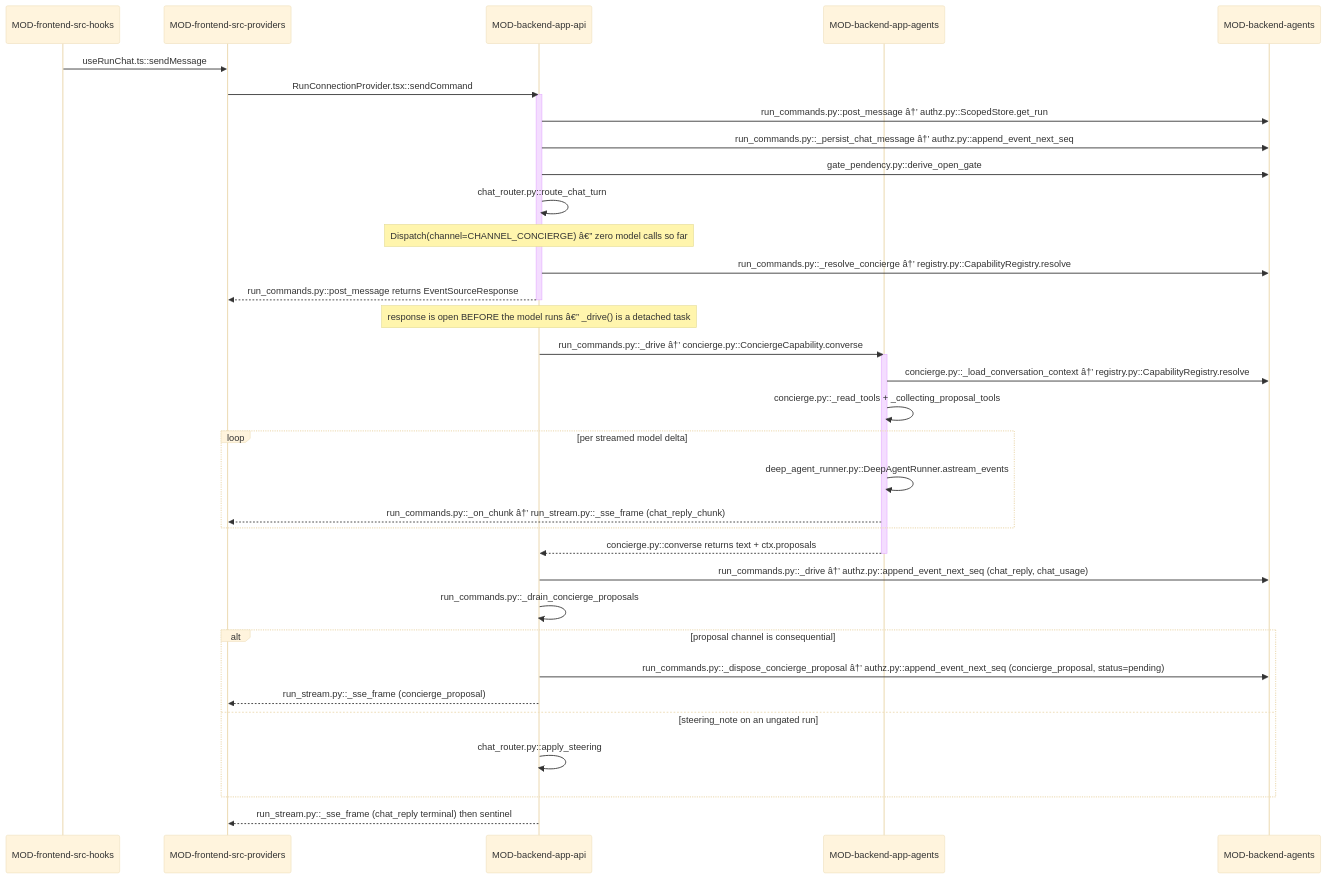
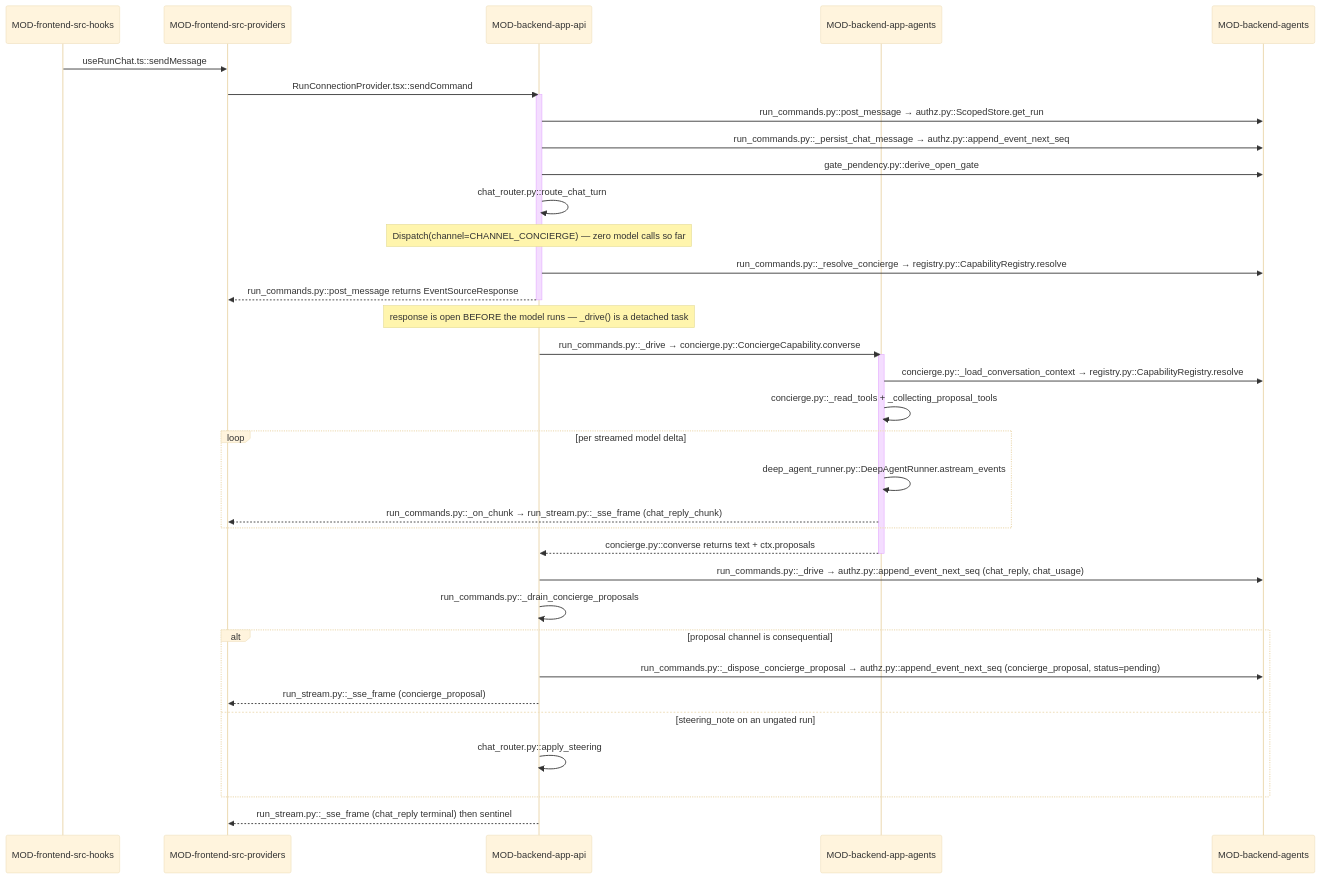
The second of 2 diagrams in .knowledge/architecture/DOMAIN-chat-and-handoff.md (prateek-sinha7/IdeaFlowAI), drawn with Mermaid (base theme) before and after one commit. The commit also changed other lines of this file and 4493 other files, not shown here.

````diff
--- a/.knowledge/architecture/DOMAIN-chat-and-handoff.md
+++ b/.knowledge/architecture/DOMAIN-chat-and-handoff.md
@@ -248,40 +263,40 @@
 ```mermaid
 sequenceDiagram
     participant MOD-frontend-src-hooks
     participant MOD-frontend-src-providers
     participant MOD-backend-app-api
     participant MOD-backend-app-agents
     participant MOD-backend-agents
 
     MOD-frontend-src-hooks->>MOD-frontend-src-providers: useRunChat.ts::sendMessage
     MOD-frontend-src-providers->>MOD-backend-app-api: RunConnectionProvider.tsx::sendCommand
     activate MOD-backend-app-api
-    MOD-backend-app-api->>MOD-backend-agents: run_commands.py::post_message â†’ authz.py::ScopedStore.get_run
-    MOD-backend-app-api->>MOD-backend-agents: run_commands.py::_persist_chat_message â†’ authz.py::append_event_next_seq
+    MOD-backend-app-api->>MOD-backend-agents: run_commands.py::post_message → authz.py::ScopedStore.get_run
+    MOD-backend-app-api->>MOD-backend-agents: run_commands.py::_persist_chat_message → authz.py::append_event_next_seq
     MOD-backend-app-api->>MOD-backend-agents: gate_pendency.py::derive_open_gate
     MOD-backend-app-api->>MOD-backend-app-api: chat_router.py::route_chat_turn
-    Note over MOD-backend-app-api: Dispatch(channel=CHANNEL_CONCIERGE) â€” zero model calls so far
-    MOD-backend-app-api->>MOD-backend-agents: run_commands.py::_resolve_concierge â†’ registry.py::CapabilityRegistry.resolve
+    Note over MOD-backend-app-api: Dispatch(channel=CHANNEL_CONCIERGE) — zero model calls so far
+    MOD-backend-app-api->>MOD-backend-agents: run_commands.py::_resolve_concierge → registry.py::CapabilityRegistry.resolve
     MOD-backend-app-api-->>MOD-frontend-src-providers: run_commands.py::post_message returns EventSourceResponse
     deactivate MOD-backend-app-api
-    Note over MOD-backend-app-api: response is open BEFORE the model runs â€” _drive() is a detached task
-    MOD-backend-app-api->>MOD-backend-app-agents: run_commands.py::_drive â†’ concierge.py::ConciergeCapability.converse
+    Note over MOD-backend-app-api: response is open BEFORE the model runs — _drive() is a detached task
+    MOD-backend-app-api->>MOD-backend-app-agents: run_commands.py::_drive → concierge.py::ConciergeCapability.converse
     activate MOD-backend-app-agents
-    MOD-backend-app-agents->>MOD-backend-agents: concierge.py::_load_conversation_context â†’ registry.py::CapabilityRegistry.resolve
+    MOD-backend-app-agents->>MOD-backend-agents: concierge.py::_load_conversation_context → registry.py::CapabilityRegistry.resolve
     MOD-backend-app-agents->>MOD-backend-app-agents: concierge.py::_read_tools + _collecting_proposal_tools
     loop per streamed model delta
         MOD-backend-app-agents->>MOD-backend-app-agents: deep_agent_runner.py::DeepAgentRunner.astream_events
-        MOD-backend-app-agents-->>MOD-frontend-src-providers: run_commands.py::_on_chunk â†’ run_stream.py::_sse_frame (chat_reply_chunk)
+        MOD-backend-app-agents-->>MOD-frontend-src-providers: run_commands.py::_on_chunk → run_stream.py::_sse_frame (chat_reply_chunk)
     end
     MOD-backend-app-agents-->>MOD-backend-app-api: concierge.py::converse returns text + ctx.proposals
     deactivate MOD-backend-app-agents
-    MOD-backend-app-api->>MOD-backend-agents: run_commands.py::_drive â†’ authz.py::append_event_next_seq (chat_reply, chat_usage)
+    MOD-backend-app-api->>MOD-backend-agents: run_commands.py::_drive → authz.py::append_event_next_seq (chat_reply, chat_usage)
     MOD-backend-app-api->>MOD-backend-app-api: run_commands.py::_drain_concierge_proposals
     alt proposal channel is consequential
-        MOD-backend-app-api->>MOD-backend-agents: run_commands.py::_dispose_concierge_proposal â†’ authz.py::append_event_next_seq (concierge_proposal, status=pending)
+        MOD-backend-app-api->>MOD-backend-agents: run_commands.py::_dispose_concierge_proposal → authz.py::append_event_next_seq (concierge_proposal, status=pending)
         MOD-backend-app-api-->>MOD-frontend-src-providers: run_stream.py::_sse_frame (concierge_proposal)
     else steering_note on an ungated run
         MOD-backend-app-api->>MOD-backend-app-api: chat_router.py::apply_steering
     end
     MOD-backend-app-api-->>MOD-frontend-src-providers: run_stream.py::_sse_frame (chat_reply terminal) then sentinel
 ```
````
